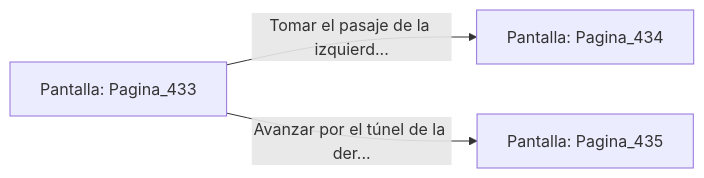
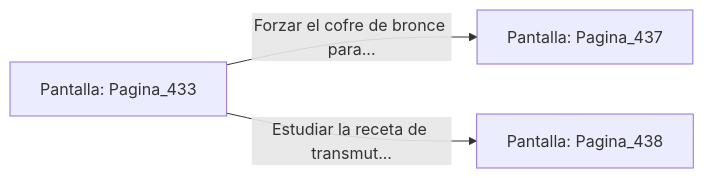
Before and after one commit to metsuke/mpl: the diagram in sample/eligejuego-vault/Pantalla_Pagina_433.md, drawn with Mermaid. The commit also changed other lines of this file and 635 other files, not shown here.

First line of the commit message:
fix: añadir Pagina_1 como pantalla inicial en capitulo_01.mpl

````diff
--- a/sample/eligejuego-vault/Pantalla_Pagina_433.md
+++ b/sample/eligejuego-vault/Pantalla_Pagina_433.md
@@ -20,6 +24,6 @@
 ```mermaid
 graph LR
     P_Pagina_433["Pantalla: Pagina_433"]
-    P_Pagina_433 -->|"Tomar el pasaje de la izquierd..."| P_Pagina_434["Pantalla: Pagina_434"]
-    P_Pagina_433 -->|"Avanzar por el túnel de la der..."| P_Pagina_435["Pantalla: Pagina_435"]
+    P_Pagina_433 -->|"Forzar el cofre de bronce para..."| P_Pagina_437["Pantalla: Pagina_437"]
+    P_Pagina_433 -->|"Estudiar la receta de transmut..."| P_Pagina_438["Pantalla: Pagina_438"]
 ```
````
